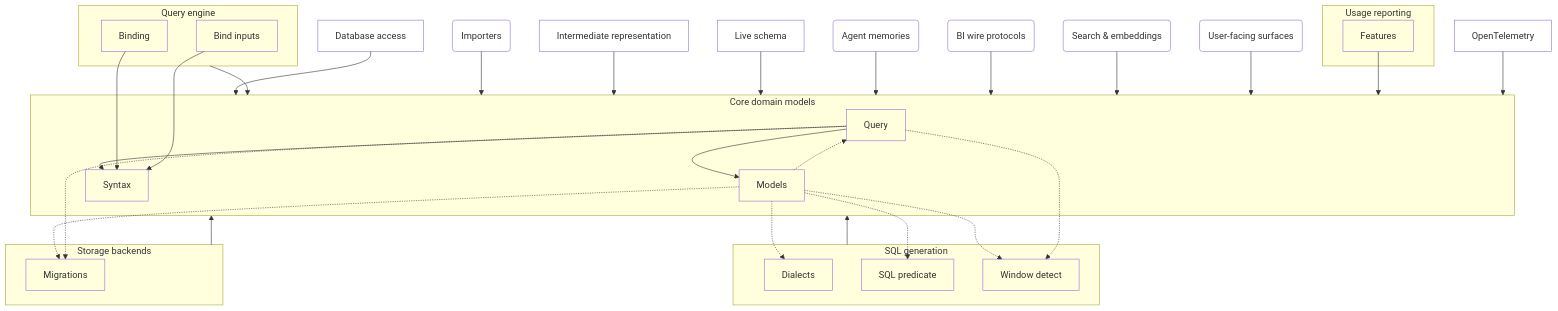
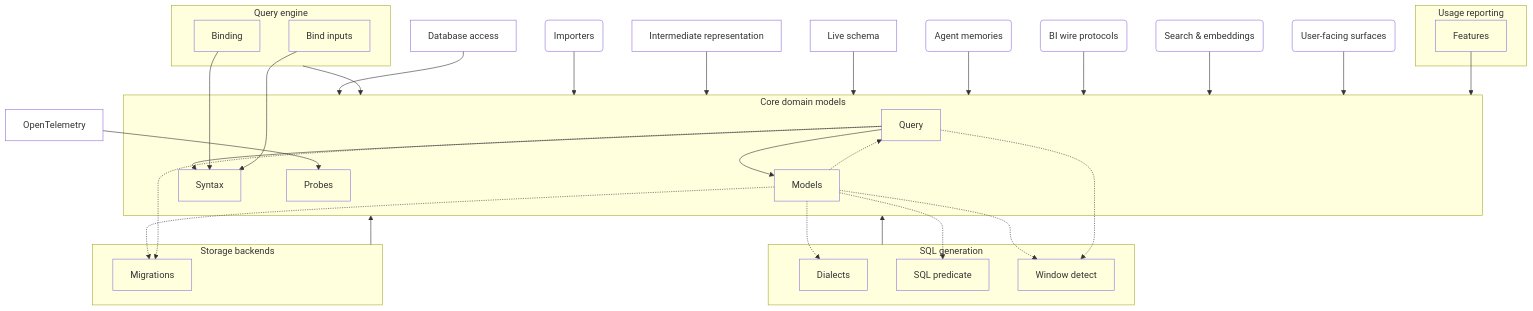
The diagram in architecture/python.core.arc42.md (MotleyAI/slayer), drawn with Mermaid before and after one commit. The commit also changed 40 other files, not shown here.

First line of the commit message:
Rename core.stages to core.probes and fix the OTel review findings

````diff
--- a/architecture/python.core.arc42.md
+++ b/architecture/python.core.arc42.md
@@ -13,59 +13,60 @@
 ```mermaid
 flowchart TD
   %% core_focus: Core in context
   subgraph core["Core domain models"]
     core__query["Query"]
     core__models["Models"]
     core__syntax["Syntax"]
+    core__probes["Probes"]
   end
   subgraph sql["SQL generation"]
     sql__dialects["Dialects"]
     sql__sql_predicate["SQL predicate"]
     sql__window_detect["Window detect"]
   end
   subgraph engine["Query engine"]
     engine__binding["Binding"]
     engine__bind_inputs["Bind inputs"]
   end
   database["Database access"]
   live_schema["Live schema"]
   ir["Intermediate representation"]
   subgraph storage["Storage backends"]
     storage__migrations["Migrations"]
   end
   importers("Importers")
   search("Search & embeddings")
   memories("Agent memories")
   protocols("BI wire protocols")
   subgraph usage_reporting["Usage reporting"]
     usage_reporting__features["Features"]
   end
   otel["OpenTelemetry"]
   surfaces("User-facing surfaces")
   core__models -.-> sql__dialects
   core__models -.-> sql__sql_predicate
   core__models -.-> sql__window_detect
   core__query -.-> sql__window_detect
   core__models -.-> storage__migrations
   core__query -.-> storage__migrations
   core__models -.-> core__query
   core__query --> core__models
   core__query --> core__syntax
   engine__binding --> core__syntax
   engine__bind_inputs --> core__syntax
   database --> core
   engine --> core
   importers --> core
   ir --> core
   live_schema --> core
   memories --> core
   protocols --> core
   search --> core
   sql --> core
   storage --> core
   surfaces --> core
   usage_reporting__features --> core
-  otel --> core
+  otel --> core__probes
   classDef leaf fill:none;
-  class core__query,core__models,core__syntax,sql__dialects,sql__sql_predicate,sql__window_detect,engine__binding,engine__bind_inputs,database,live_schema,ir,storage__migrations,importers,search,memories,protocols,usage_reporting__features,otel,surfaces leaf;
+  class core__query,core__models,core__syntax,core__probes,sql__dialects,sql__sql_predicate,sql__window_detect,engine__binding,engine__bind_inputs,database,live_schema,ir,storage__migrations,importers,search,memories,protocols,usage_reporting__features,otel,surfaces leaf;
 ```
````
